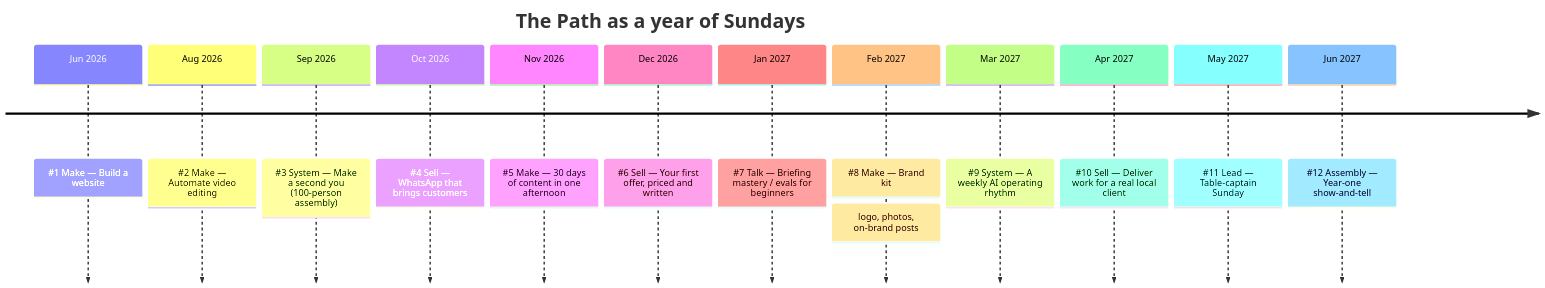
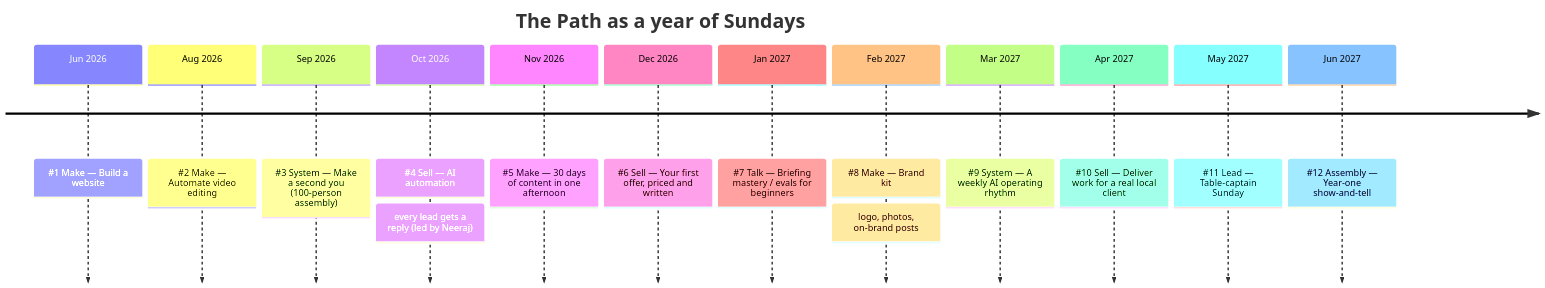
Before and after one commit to subhamkanoi-jpg/theaiworkshop: the third of 4 diagrams in docs/MIND-MAP.md, drawn with Mermaid. The commit also changed other lines of this file and 3 other files, not shown here.

````diff
--- a/docs/MIND-MAP.md
+++ b/docs/MIND-MAP.md
@@ -165,16 +165,16 @@
 ```mermaid
 timeline
   title The Path as a year of Sundays
   Jun 2026 : #1 Make — Build a website
   Aug 2026 : #2 Make — Automate video editing
   Sep 2026 : #3 System — Make a second you (100-person assembly)
-  Oct 2026 : #4 Sell — WhatsApp that brings customers
+  Oct 2026 : #4 Sell — AI automation: every lead gets a reply (led by Neeraj)
   Nov 2026 : #5 Make — 30 days of content in one afternoon
   Dec 2026 : #6 Sell — Your first offer, priced and written
   Jan 2027 : #7 Talk — Briefing mastery / evals for beginners
   Feb 2027 : #8 Make — Brand kit: logo, photos, on-brand posts
   Mar 2027 : #9 System — A weekly AI operating rhythm
   Apr 2027 : #10 Sell — Deliver work for a real local client
   May 2027 : #11 Lead — Table-captain Sunday
   Jun 2027 : #12 Assembly — Year-one show-and-tell
 ```
````
